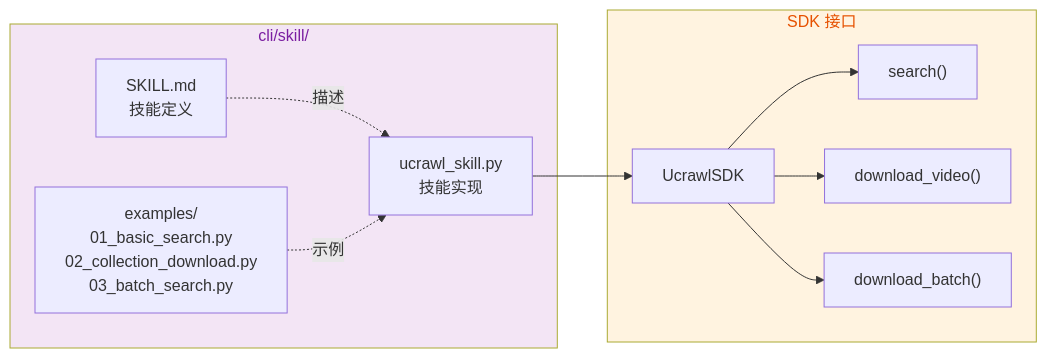
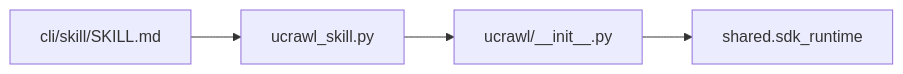
The fifth of 5 diagrams in mermaid/07-cli-sdk-runtime.md (haohaizi554/UniversalCrawler), drawn with Mermaid before and after one commit. The commit also changed other lines of this file and 7 other files, not shown here.

Commit message:
docs: publish plugin-driven CLI runtime architecture

````diff
--- a/mermaid/07-cli-sdk-runtime.md
+++ b/mermaid/07-cli-sdk-runtime.md
@@ -201,26 +174,6 @@
 ```mermaid
 flowchart LR
-    subgraph Skill["cli/skill/"]
-        SkillMD["SKILL.md<br/>技能定义"]
-        SkillPy["ucrawl_skill.py<br/>技能实现"]
-        Examples["examples/<br/>01_basic_search.py<br/>02_collection_download.py<br/>03_batch_search.py"]
-    end
-
-    subgraph SDK["SDK 接口"]
-        UCrawl["UcrawlSDK"]
-        Search["search()"]
-        Download["download_video()"]
-        Batch["download_batch()"]
-    end
-
-    SkillPy --> UCrawl
-    UCrawl --> Search
-    UCrawl --> Download
-    UCrawl --> Batch
-
-    SkillMD -.->|描述| SkillPy
-    Examples -.->|示例| SkillPy
-
-    style Skill fill:#f3e5f5,color:#7b1fa2
-    style SDK fill:#fff3e0,color:#e65100
+    SkillMD["cli/skill/SKILL.md"] --> Wrapper["ucrawl_skill.py"]
+    Wrapper --> Public["ucrawl/__init__.py"]
+    Public --> SDK["shared.sdk_runtime"]
 ```
````
